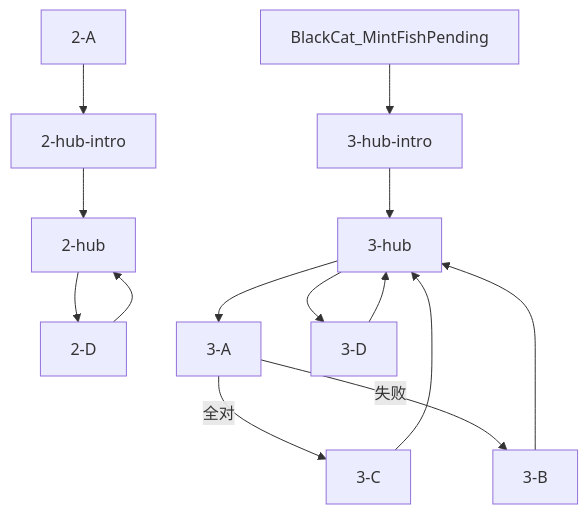
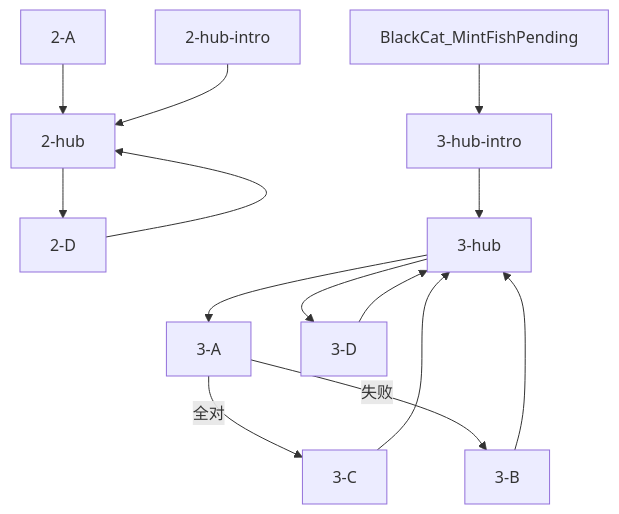
One commit to minnnpannn9585/XiaoHuoRen_EggRescue changed the diagram in MissingEggDoc-main/docs/characters/悲伤蛙-对话脚本-树状.md. Above: the diagram before and after it, drawn with Mermaid. The commit also changed other lines of this file and 17 other files, not shown here.

````diff
--- a/MissingEggDoc-main/docs/characters/悲伤蛙-对话脚本-树状.md
+++ b/MissingEggDoc-main/docs/characters/悲伤蛙-对话脚本-树状.md
@@ -29,27 +29,27 @@
 ```mermaid
 flowchart TD
   FA["2-A"]
   INTRO2["2-hub-intro"]
   H2["2-hub"]
   FD["2-D"]
   INTRO3["3-hub-intro"]
   H3["3-hub"]
   R["3-A"]
   FAIL["3-B"]
   OK["3-C"]
   TH["3-D"]
 
-  FA --> INTRO2
+  FA --> H2
   INTRO2 --> H2
   H2 --> FD
   FD --> H2
   ROUTE["BlackCat_MintFishPending"] --> INTRO3
   INTRO3 --> H3
   H3 --> R
   R -->|全对| OK
   R -->|失败| FAIL
   FAIL --> H3
   H3 --> TH
   TH --> H3
   OK --> H3
 ```
````
